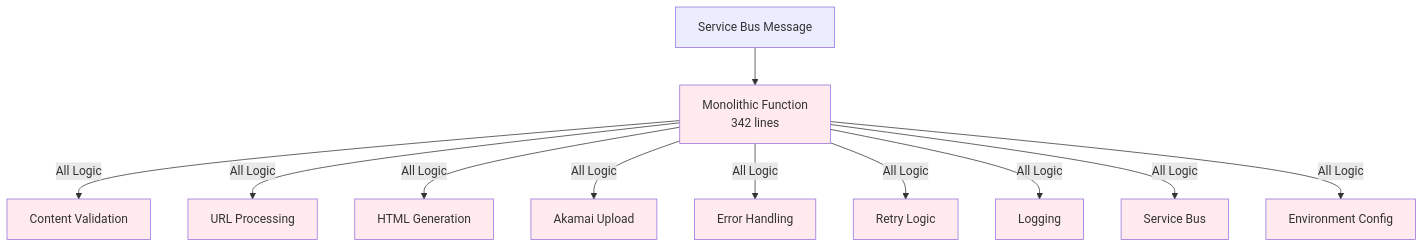
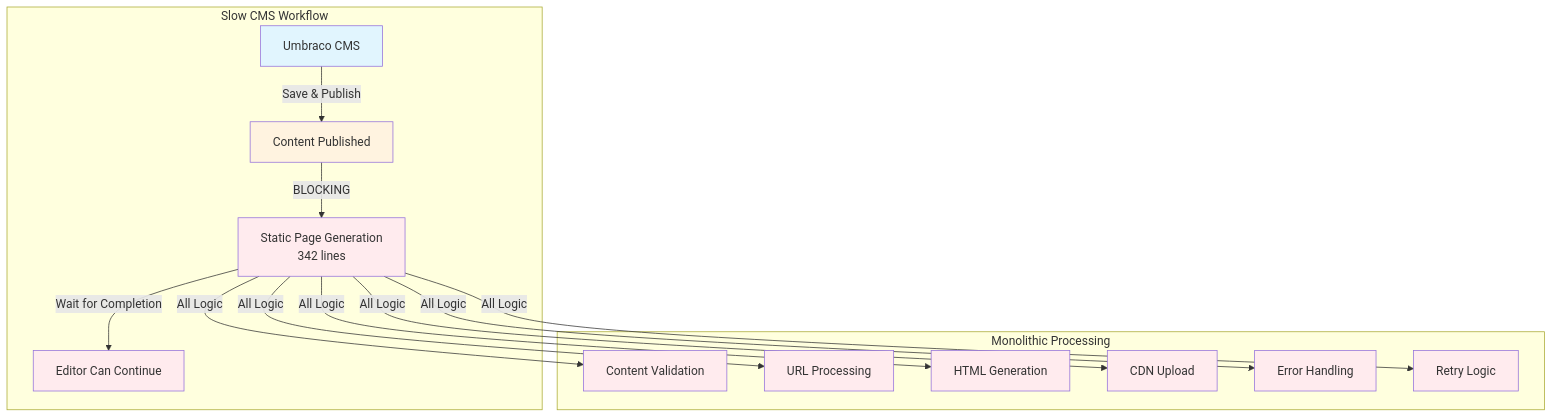
One commit to amitcohensabban/developer-portfolio changed the third of 7 diagrams in projects/backend-projects/static-pages-refactoring/architecture/system-architecture.md. Above: the diagram before and after it, drawn with Mermaid. The commit also changed other lines of this file and 1 other file, not shown here.

First line of the commit message:
feat: Enhance documentation for Static Pages Refactoring project

````diff
--- a/projects/backend-projects/static-pages-refactoring/architecture/system-architecture.md
+++ b/projects/backend-projects/static-pages-refactoring/architecture/system-architecture.md
@@ -77,24 +87,28 @@
 ```mermaid
 graph TD
-    A[Service Bus Message] --> B[Monolithic Function<br/>342 lines]
-    B -->|All Logic| C[Content Validation]
-    B -->|All Logic| D[URL Processing]
-    B -->|All Logic| E[HTML Generation]
-    B -->|All Logic| F[Akamai Upload]
-    B -->|All Logic| G[Error Handling]
-    B -->|All Logic| H[Retry Logic]
-    B -->|All Logic| I[Logging]
-    B -->|All Logic| J[Service Bus]
-    B -->|All Logic| K[Environment Config]
+    subgraph "Slow CMS Workflow"
+        A[Umbraco CMS] -->|Save & Publish| B[Content Published]
+        B -->|BLOCKING| C[Static Page Generation<br/>342 lines]
+        C -->|Wait for Completion| D[Editor Can Continue]
+    end
     
-    style B fill:#ffebee
+    subgraph "Monolithic Processing"
+        C -->|All Logic| E[Content Validation]
+        C -->|All Logic| F[URL Processing]
+        C -->|All Logic| G[HTML Generation]
+        C -->|All Logic| H[CDN Upload]
+        C -->|All Logic| I[Error Handling]
+        C -->|All Logic| J[Retry Logic]
+    end
+    
+    style A fill:#e1f5fe
+    style B fill:#fff3e0
     style C fill:#ffebee
     style D fill:#ffebee
     style E fill:#ffebee
     style F fill:#ffebee
     style G fill:#ffebee
     style H fill:#ffebee
     style I fill:#ffebee
     style J fill:#ffebee
-    style K fill:#ffebee
 ```
````
